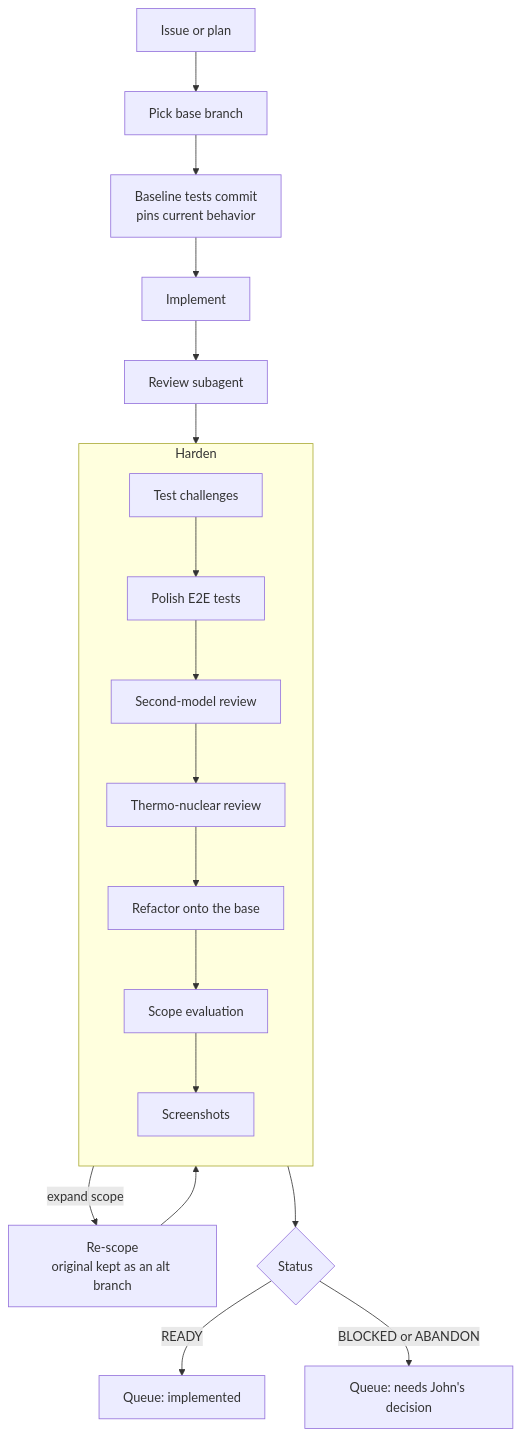
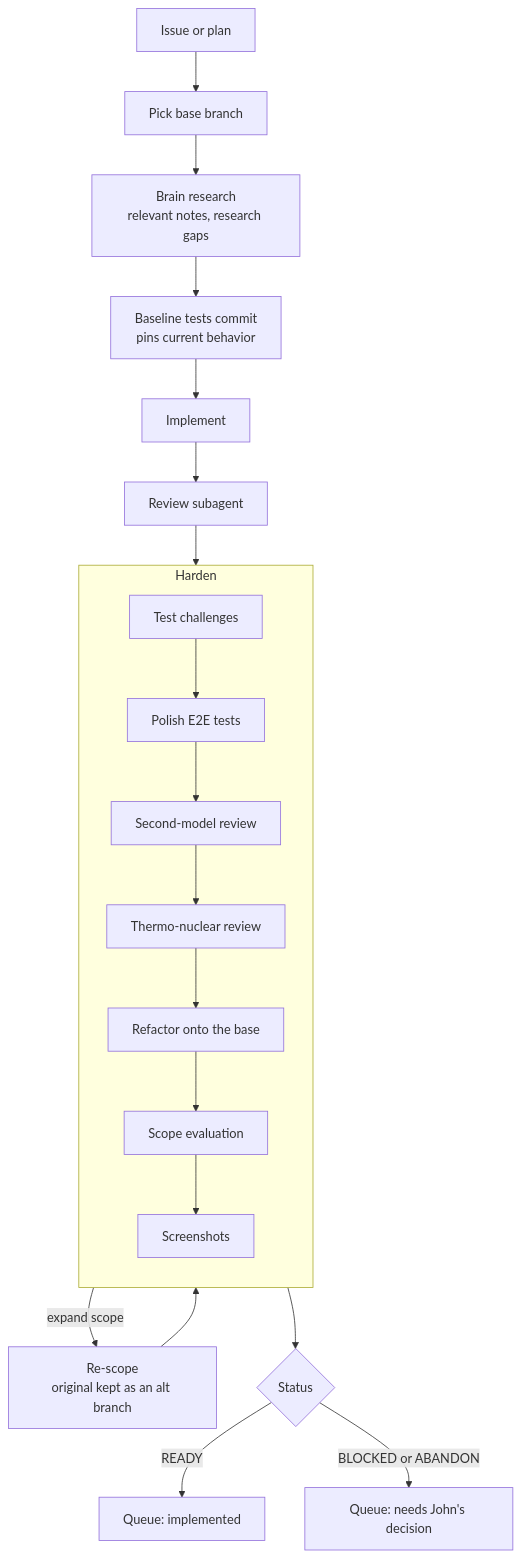
One commit to jmchilton/galaxy-brain changed the third of 4 diagrams in vault/agents/factory/BRANCH_FACTORY.md. Above: the diagram before and after it, drawn with Mermaid. The commit also changed other lines of this file and 9 other files, not shown here.

First line of the commit message:
gx_workhorse: brain research pre-step; queue research gaps to gx_research

````diff
--- a/vault/agents/factory/BRANCH_FACTORY.md
+++ b/vault/agents/factory/BRANCH_FACTORY.md
@@ -64,22 +64,23 @@
 ```mermaid
 flowchart TD
   P["Issue or plan"] --> Base["Pick base branch"]
-  Base --> BT["Baseline tests commit<br/>pins current behavior"]
+  Base --> BR["Brain research<br/>relevant notes, research gaps"]
+  BR --> BT["Baseline tests commit<br/>pins current behavior"]
   BT --> Impl["Implement"]
   Impl --> Rev["Review subagent"]
   Rev --> H
   subgraph H["Harden"]
     direction TB
     TC["Test challenges"] --> E2E["Polish E2E tests"]
     E2E --> CX["Second-model review"]
     CX --> TN["Thermo-nuclear review"]
     TN --> RB["Refactor onto the base"]
     RB --> SE["Scope evaluation"]
     SE --> SS["Screenshots"]
   end
   SE -->|"expand scope"| RS["Re-scope<br/>original kept as an alt branch"]
   RS --> H
   H --> St{"Status"}
   St -->|READY| Q["Queue: implemented"]
   St -->|"BLOCKED or ABANDON"| Dec["Queue: needs John's decision"]
 ```
````
